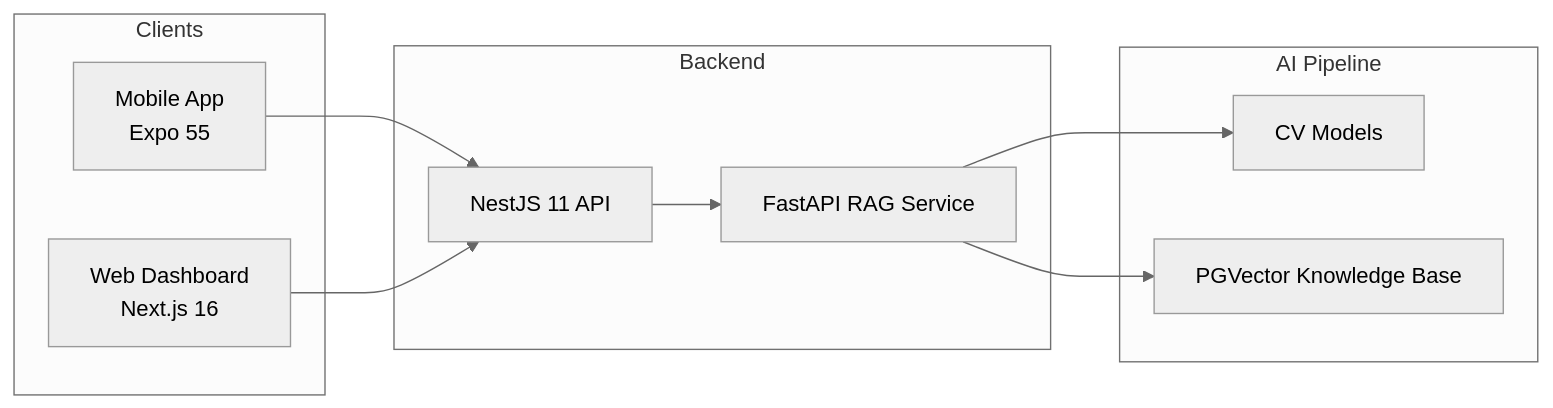
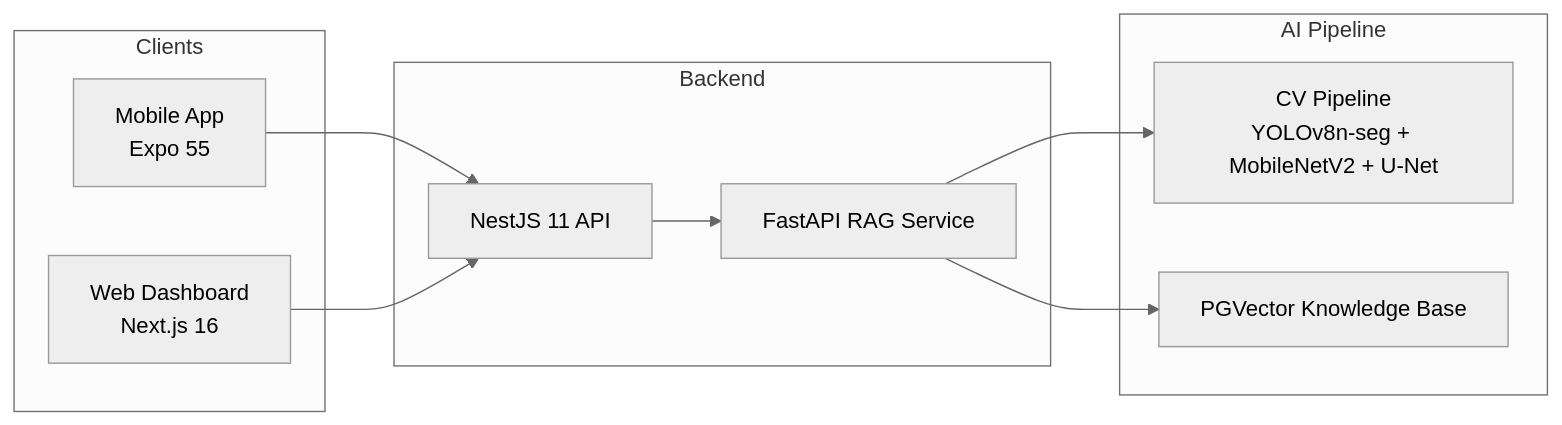
One commit to soham25-git/KRISHI-EYE_Webapp-India-Innovates_Open-Innovation changed the first of 2 diagrams in ARCHITECTURE.md. Above: the diagram before and after it, drawn with Mermaid (neutral theme).

Commit message:
docs: fix CV pipeline label in architecture diagram
- Updated CV Models node to YOLOv8n-seg + MobileNetV2 + U-Net for consistency

````diff
--- a/ARCHITECTURE.md
+++ b/ARCHITECTURE.md
@@ -5,20 +5,20 @@
 ```mermaid
 graph LR
     subgraph Clients
         Mobile[Mobile App<br/>Expo 55]
         Web[Web Dashboard<br/>Next.js 16]
     end
     subgraph Backend
         API[NestJS 11 API]
         AI[FastAPI RAG Service]
     end
     subgraph AI Pipeline
-        CV[CV Models]
+        CV[CV Pipeline<br/>YOLOv8n-seg + MobileNetV2 + U-Net]
         KB[PGVector Knowledge Base]
     end
     Mobile --> API
     Web --> API
     API --> AI
     AI --> CV
     AI --> KB
 ```
````
